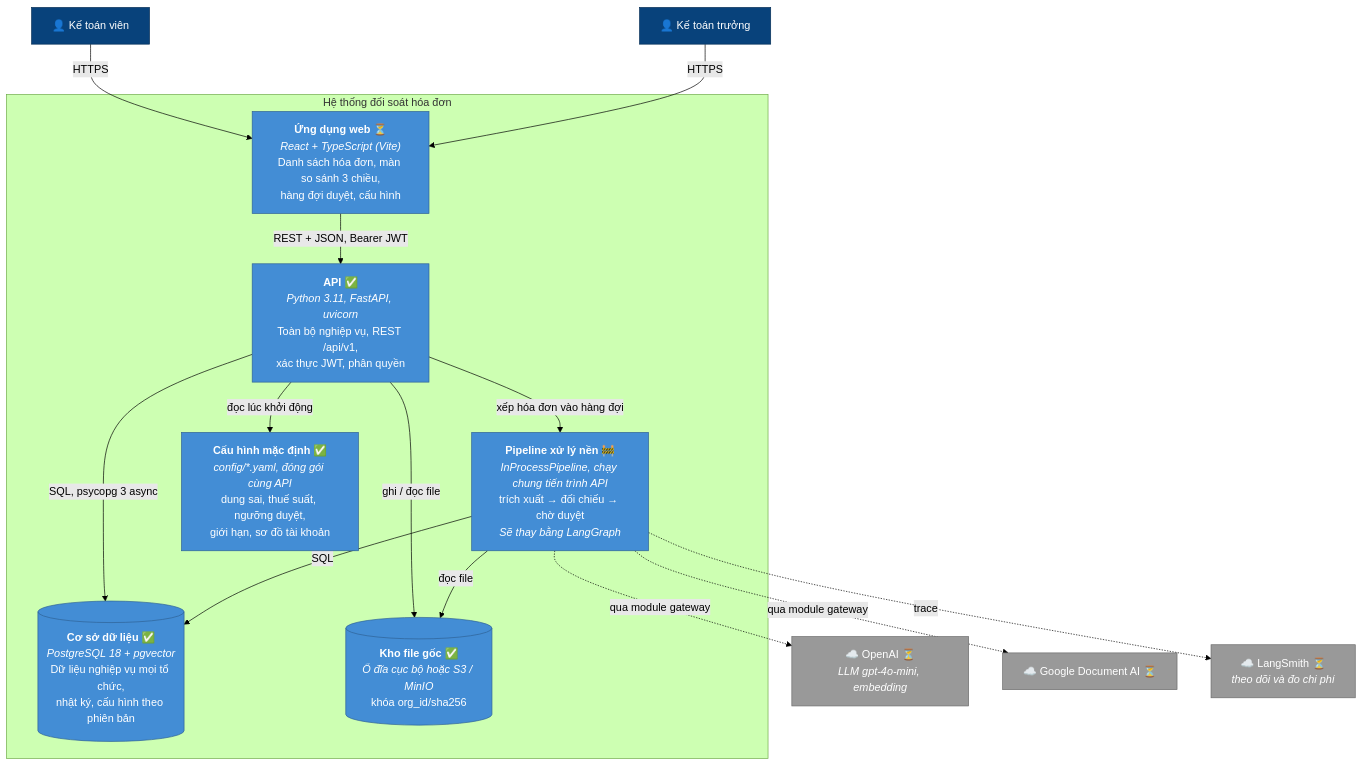
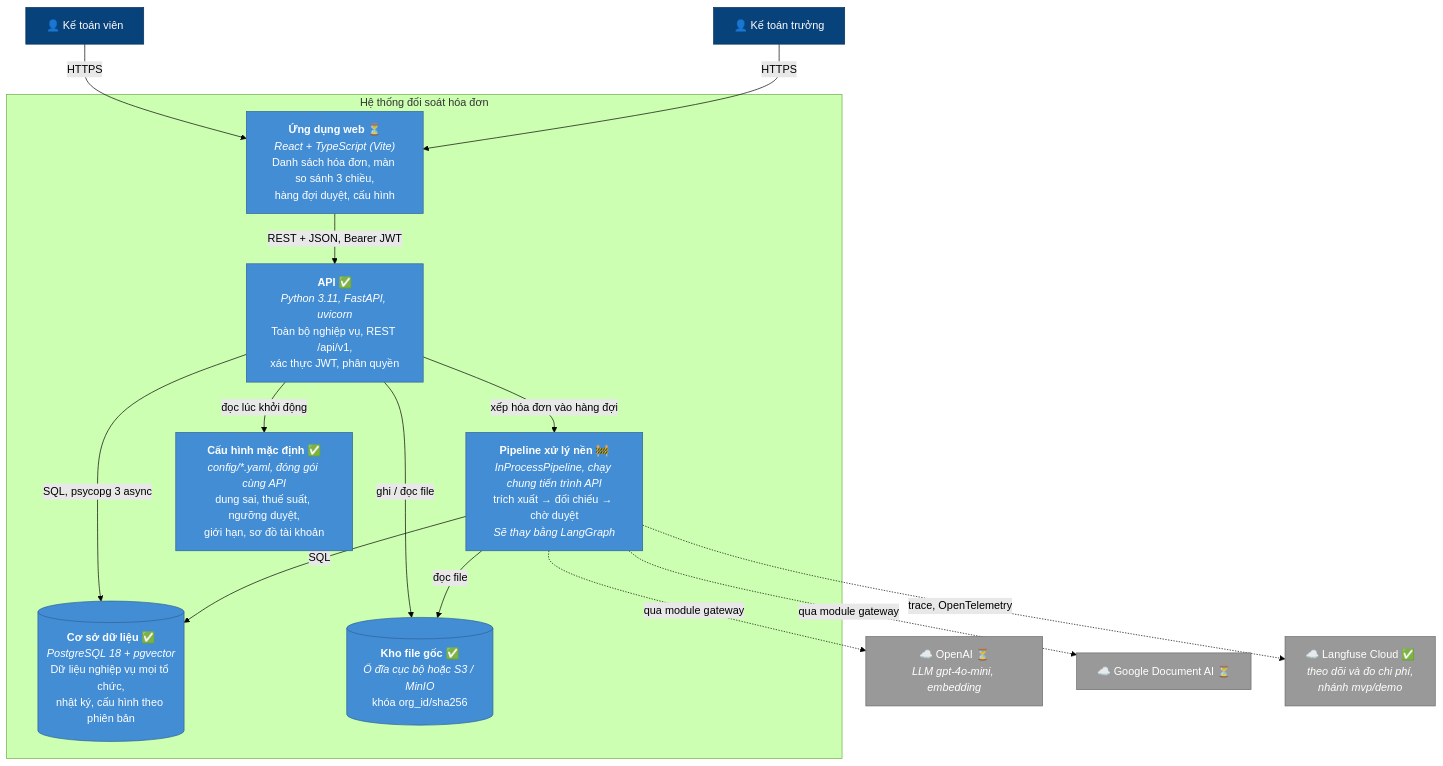
Before and after one commit to kamitoznguyen-collab/Fantastic4-BuildPhase: the second of 7 diagrams in docs/C4_DESIGN.md, drawn with Mermaid (forest theme). The commit also changed other lines of this file and 1 other file, not shown here.

Commit message:
docs: name langfuse for tracing in prd and c4

````diff
--- a/docs/C4_DESIGN.md
+++ b/docs/C4_DESIGN.md
@@ -67,36 +67,36 @@
 ```mermaid
 flowchart TB
     ktv["👤 Kế toán viên"]
     ktt["👤 Kế toán trưởng"]
 
     subgraph sys["Hệ thống đối soát hóa đơn"]
         web["<b>Ứng dụng web</b> ⏳<br/><i>React + TypeScript (Vite)</i><br/>Danh sách hóa đơn, màn so sánh 3 chiều,<br/>hàng đợi duyệt, cấu hình"]
         api["<b>API</b> ✅<br/><i>Python 3.11, FastAPI, uvicorn</i><br/>Toàn bộ nghiệp vụ, REST /api/v1,<br/>xác thực JWT, phân quyền"]
         pipe["<b>Pipeline xử lý nền</b> 🚧<br/><i>InProcessPipeline, chạy chung tiến trình API</i><br/>trích xuất → đối chiếu → chờ duyệt<br/><i>Sẽ thay bằng LangGraph</i>"]
         db[("<b>Cơ sở dữ liệu</b> ✅<br/><i>PostgreSQL 18 + pgvector</i><br/>Dữ liệu nghiệp vụ mọi tổ chức,<br/>nhật ký, cấu hình theo phiên bản")]
         files[("<b>Kho file gốc</b> ✅<br/><i>Ổ đĩa cục bộ hoặc S3 / MinIO</i><br/>khóa org_id/sha256")]
         yaml["<b>Cấu hình mặc định</b> ✅<br/><i>config/*.yaml, đóng gói cùng API</i><br/>dung sai, thuế suất, ngưỡng duyệt,<br/>giới hạn, sơ đồ tài khoản"]
     end
 
     openai["☁️ OpenAI ⏳<br/><i>LLM gpt-4o-mini, embedding</i>"]
     docai["☁️ Google Document AI ⏳"]
-    langsmith["☁️ LangSmith ⏳<br/><i>theo dõi và đo chi phí</i>"]
+    langfuse["☁️ Langfuse Cloud ✅<br/><i>theo dõi và đo chi phí,<br/>nhánh mvp/demo</i>"]
 
     ktv & ktt -- "HTTPS" --> web
     web -- "REST + JSON, Bearer JWT" --> api
     api -- "xếp hóa đơn vào hàng đợi" --> pipe
     api -- "SQL, psycopg 3 async" --> db
     pipe -- "SQL" --> db
     api -- "ghi / đọc file" --> files
     pipe -- "đọc file" --> files
     api -- "đọc lúc khởi động" --> yaml
     pipe -. "qua module gateway" .-> openai & docai
-    pipe -. "trace" .-> langsmith
+    pipe -. "trace, OpenTelemetry" .-> langfuse
 
     classDef person fill:#08427b,color:#fff,stroke:#052e56
     classDef container fill:#438dd5,color:#fff,stroke:#2e6295
     classDef external fill:#999,color:#fff,stroke:#6b6b6b
     class ktv,ktt person
     class web,api,pipe,db,files,yaml container
-    class openai,docai,langsmith external
+    class openai,docai,langfuse external
 ```
````
